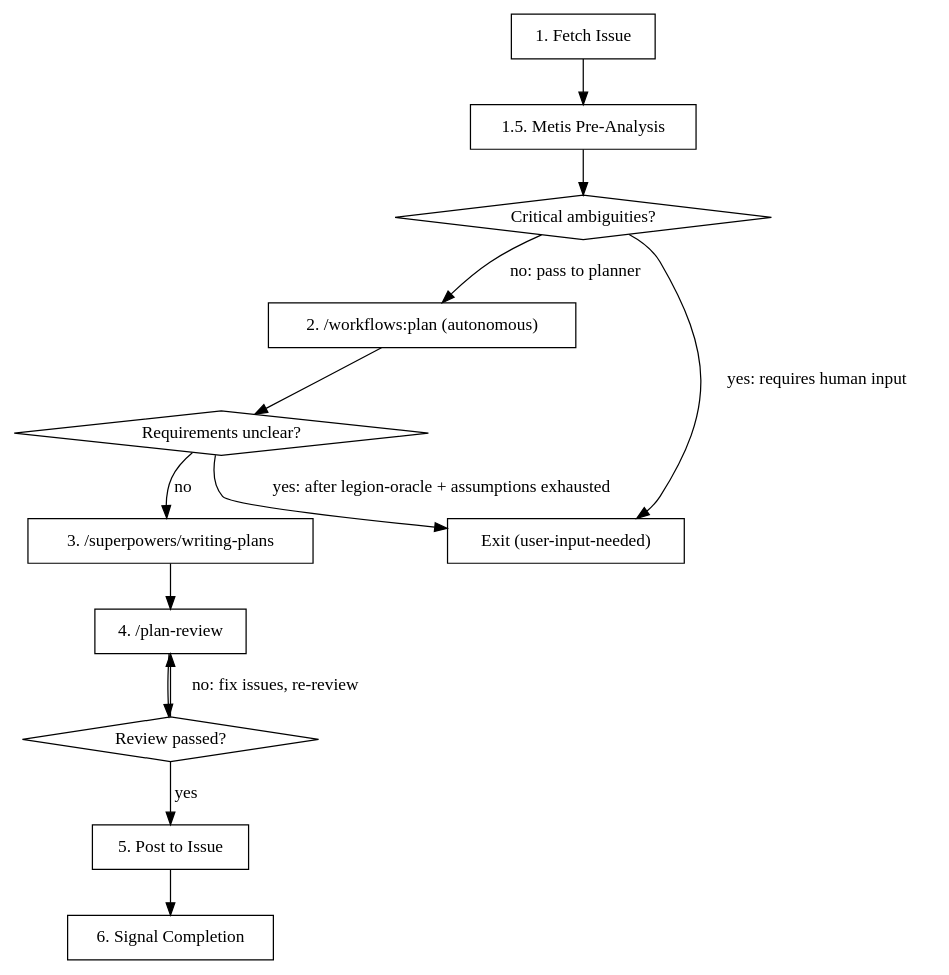
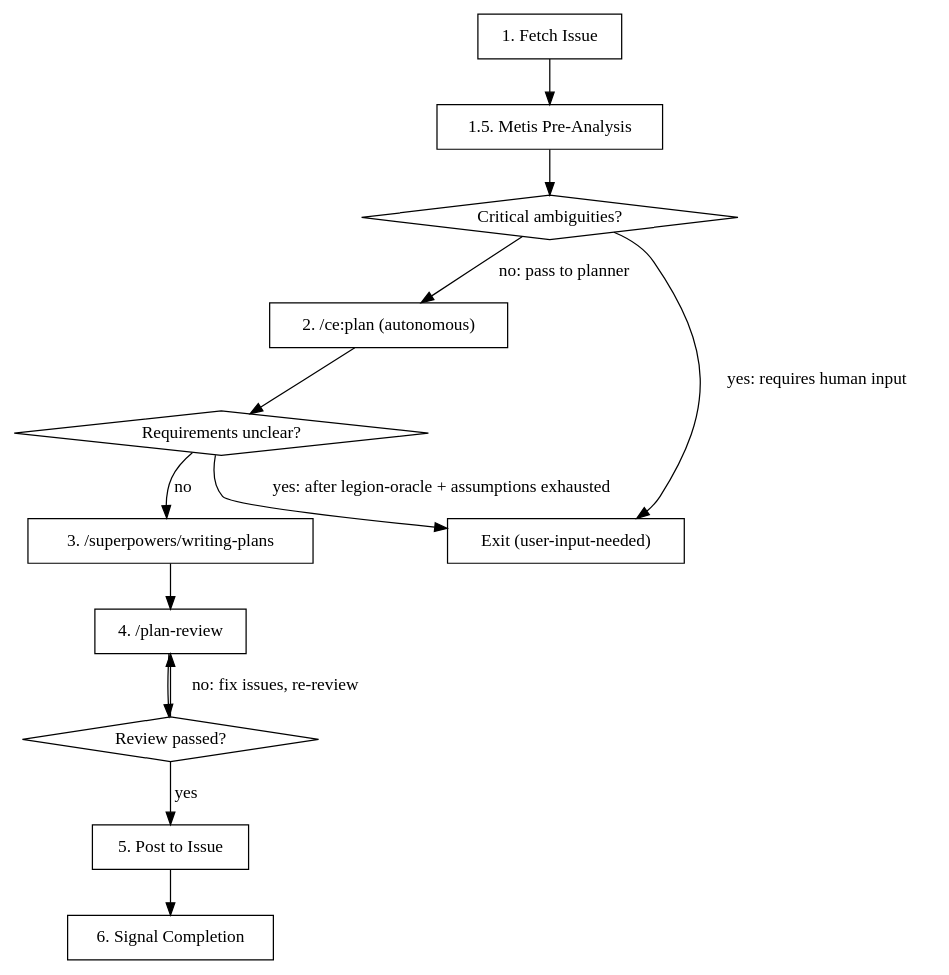
The diagram in .opencode/skills/legion-worker/workflows/plan.md (sjawhar/legion), drawn with Graphviz before and after one commit. The commit also changed other lines of this file and 1 other file, not shown here.

````diff
--- a/.opencode/skills/legion-worker/workflows/plan.md
+++ b/.opencode/skills/legion-worker/workflows/plan.md
@@ -7,31 +7,31 @@
 ```dot
 digraph plan_workflow {
     rankdir=TB;
     node [shape=box];
 
     fetch [label="1. Fetch Issue"];
     metis [label="1.5. Metis Pre-Analysis"];
     critical [label="Critical ambiguities?" shape=diamond];
-    research_plan [label="2. /workflows:plan (autonomous)"];
+    research_plan [label="2. /ce:plan (autonomous)"];
     unclear [label="Requirements unclear?" shape=diamond];
     executable [label="3. /superpowers/writing-plans"];
     review [label="4. /plan-review"];
     passed [label="Review passed?" shape=diamond];
     post [label="5. Post to Issue"];
     complete [label="6. Signal Completion"];
     exit_unclear [label="Exit (user-input-needed)"];
 
     fetch -> metis;
     metis -> critical;
     critical -> exit_unclear [label="yes: requires human input"];
     critical -> research_plan [label="no: pass to planner"];
     research_plan -> unclear;
     unclear -> exit_unclear [label="yes: after legion-oracle + assumptions exhausted"];
     unclear -> executable [label="no"];
     executable -> review;
     review -> passed;
     passed -> review [label="no: fix issues, re-review"];
     passed -> post [label="yes"];
     post -> complete;
 }
 ```
````
